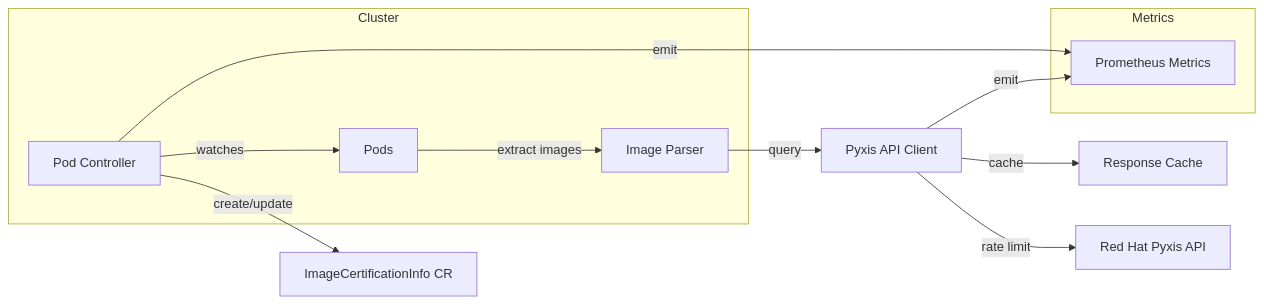
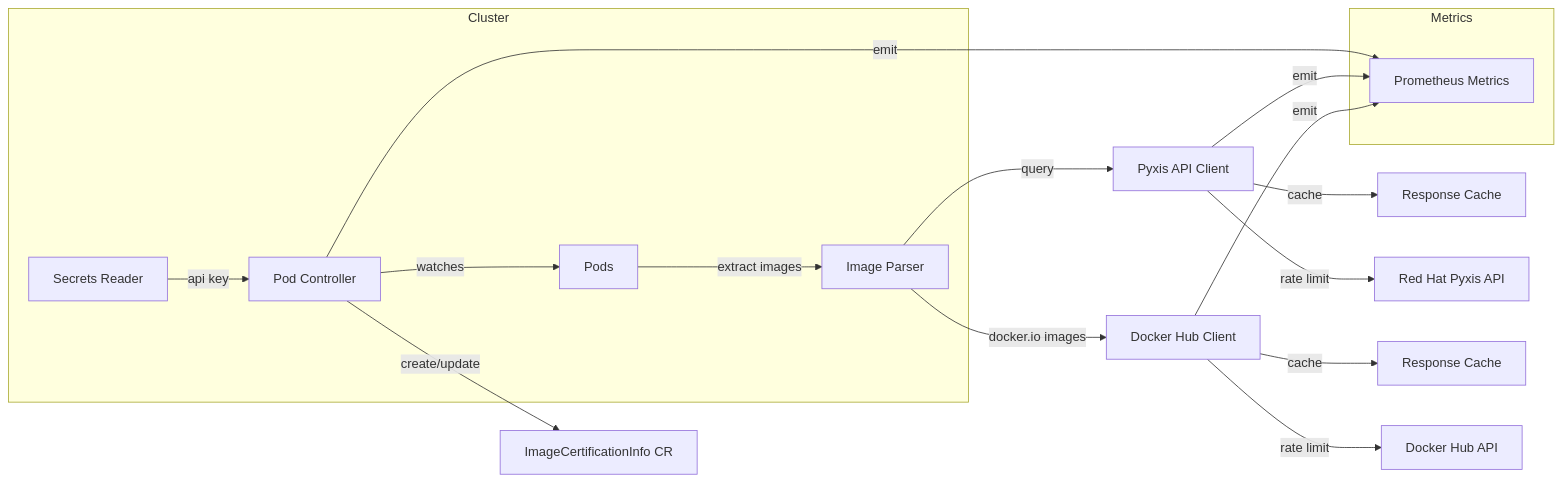
Before and after one commit to sebrandon1/imagecertinfo-operator: the diagram in docs/architecture.md, drawn with Mermaid. The commit also changed other lines of this file and 5 other files, not shown here.

First line of the commit message:
docs: fix broken links and document missing flags, metrics, and Docker Hub data (#153)

````diff
--- a/docs/architecture.md
+++ b/docs/architecture.md
@@ -5,20 +5,26 @@
 ```mermaid
 flowchart LR
     subgraph Cluster
         A[Pod Controller] -->|watches| B[Pods]
         B -->|extract images| C[Image Parser]
+        S[Secrets Reader] -->|api key| A
     end
 
     C -->|query| D[Pyxis API Client]
     D -->|cache| E[Response Cache]
     D -->|rate limit| F[Red Hat Pyxis API]
+
+    C -->|docker.io images| DH[Docker Hub Client]
+    DH -->|cache| DHC[Response Cache]
+    DH -->|rate limit| DHAPI[Docker Hub API]
 
     A -->|create/update| G[ImageCertificationInfo CR]
 
     subgraph Metrics
         H[Prometheus Metrics]
     end
 
     A -->|emit| H
     D -->|emit| H
+    DH -->|emit| H
 ```
````
